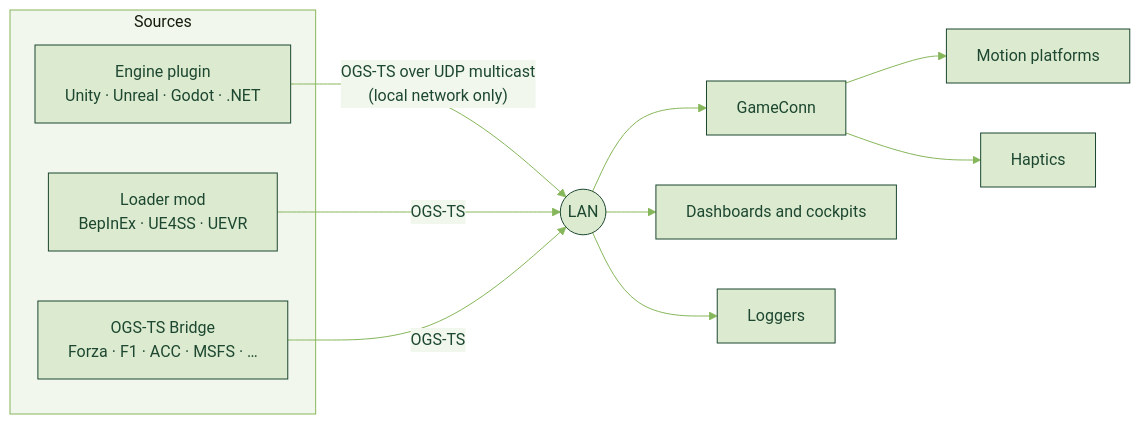
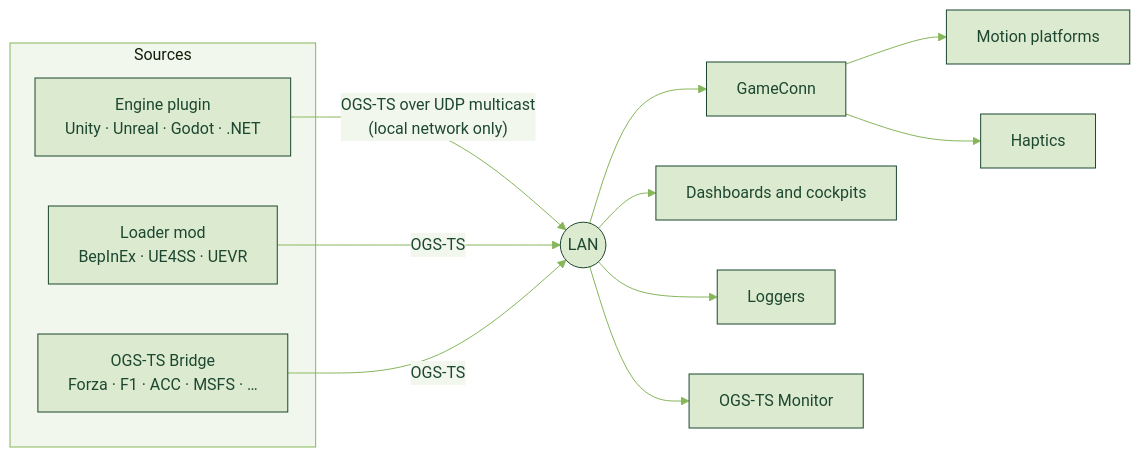
Before and after one commit to Open-Game-Standards-Alliance/.github: the diagram in profile/README.md, drawn with Mermaid. The commit also changed other lines of this file and 2 other files, not shown here.

First line of the commit message:
Add the OGS-TS Monitor: profile, contributing and security

````diff
--- a/profile/README.md
+++ b/profile/README.md
@@ -69,17 +69,18 @@
 ```mermaid
 %%{init: {'theme': 'base', 'themeVariables': {'primaryColor': '#dcebd0', 'primaryTextColor': '#1d4730', 'primaryBorderColor': '#1d4730', 'lineColor': '#86b65a', 'clusterBkg': '#f1f7ec', 'clusterBorder': '#86b65a', 'edgeLabelBackground': '#f1f7ec'}}}%%
 flowchart LR
     subgraph sources["Sources"]
         P["Engine plugin<br/>Unity · Unreal · Godot · .NET"]
         M["Loader mod<br/>BepInEx · UE4SS · UEVR"]
         B["OGS-TS Bridge<br/>Forza · F1 · ACC · MSFS · …"]
     end
     P -- "OGS-TS over UDP multicast<br/>(local network only)" --> L(("LAN"))
     M -- "OGS-TS" --> L
     B -- "OGS-TS" --> L
     L --> C["GameConn"]
     C --> R["Motion platforms"]
     C --> H["Haptics"]
     L --> D["Dashboards and cockpits"]
     L --> G["Loggers"]
+    L --> MON["OGS-TS Monitor"]
 ```
````
